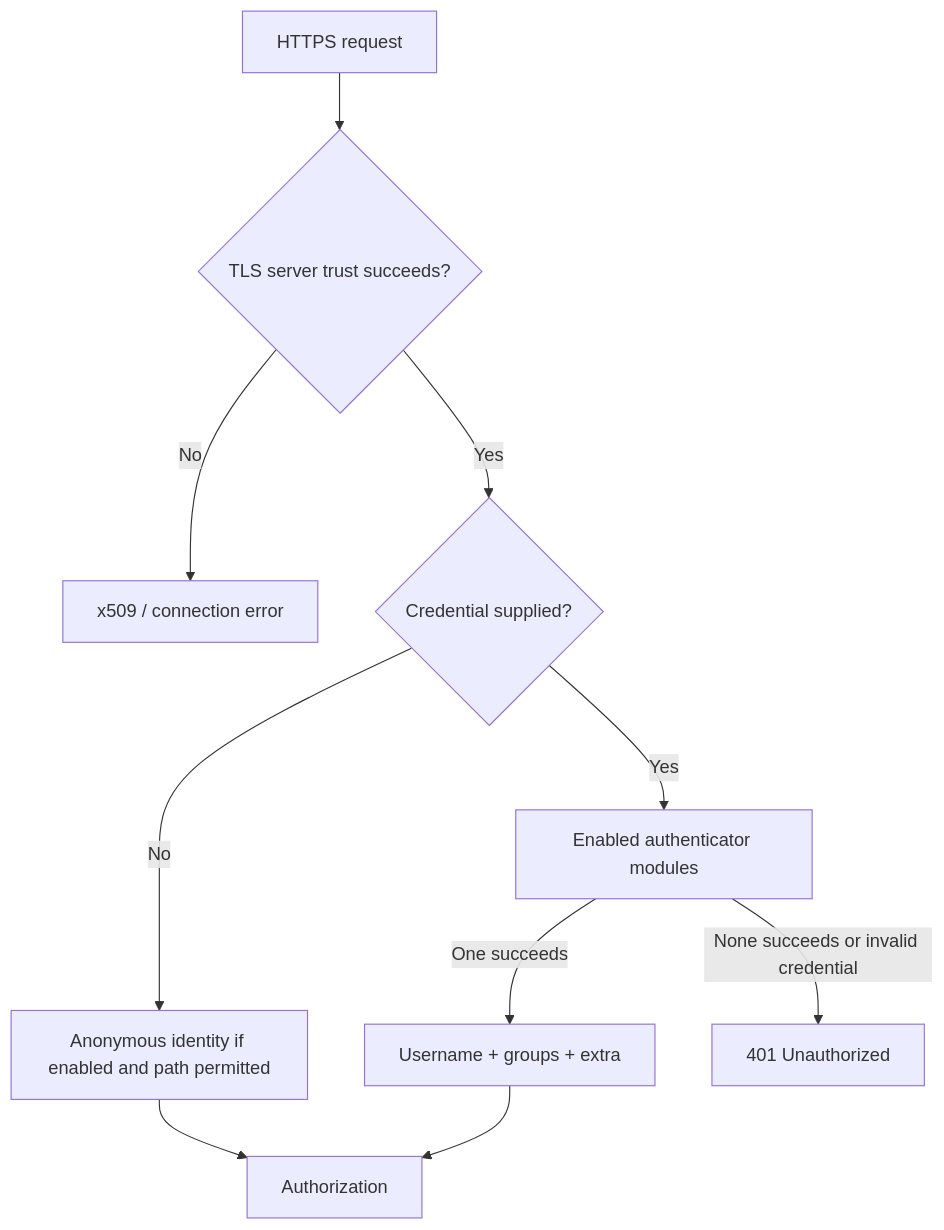
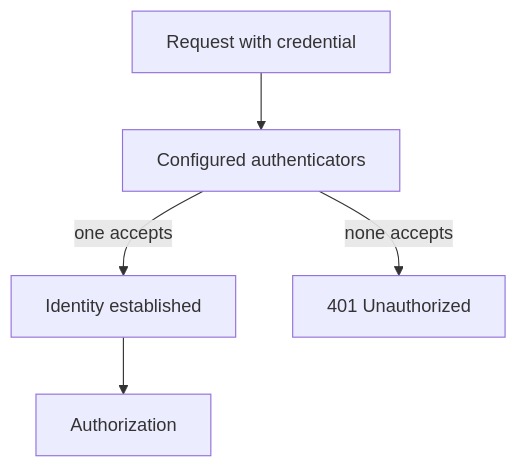
Before and after one commit to asadjan4611/K8s-Tutorial: diagram 15 of 29 in Day-02-README.md, drawn with Mermaid. The commit also changed other lines of this file, not shown here.

````diff
--- a/Day-02-README.md
+++ b/Day-02-README.md
@@ -269,12 +1308,7 @@
 ```mermaid
 flowchart TD
-    R[HTTPS request] --> T{TLS server trust succeeds?}
-    T -->|No| TLSERR[x509 / connection error]
-    T -->|Yes| C{Credential supplied?}
-    C -->|No| ANON[Anonymous identity if enabled and path permitted]
-    C -->|Yes| CHAIN[Enabled authenticator modules]
-    CHAIN -->|One succeeds| ID[Username + groups + extra]
-    CHAIN -->|None succeeds or invalid credential| U401[401 Unauthorized]
-    ANON --> AUTHZ[Authorization]
-    ID --> AUTHZ
+    R[Request with credential] --> A1[Configured authenticators]
+    A1 -->|one accepts| ID[Identity established]
+    A1 -->|none accepts| FAIL[401 Unauthorized]
+    ID --> Z[Authorization]
 ```
````
